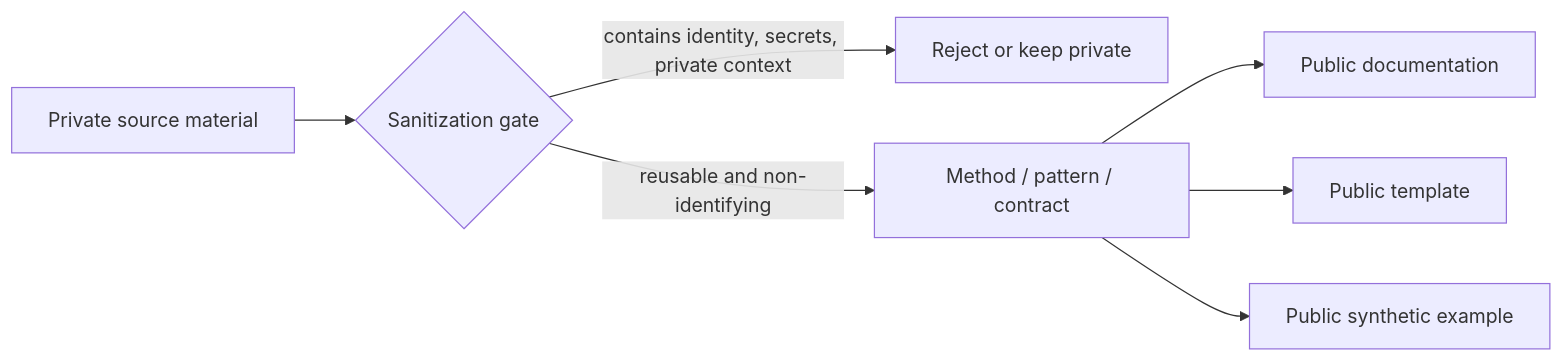
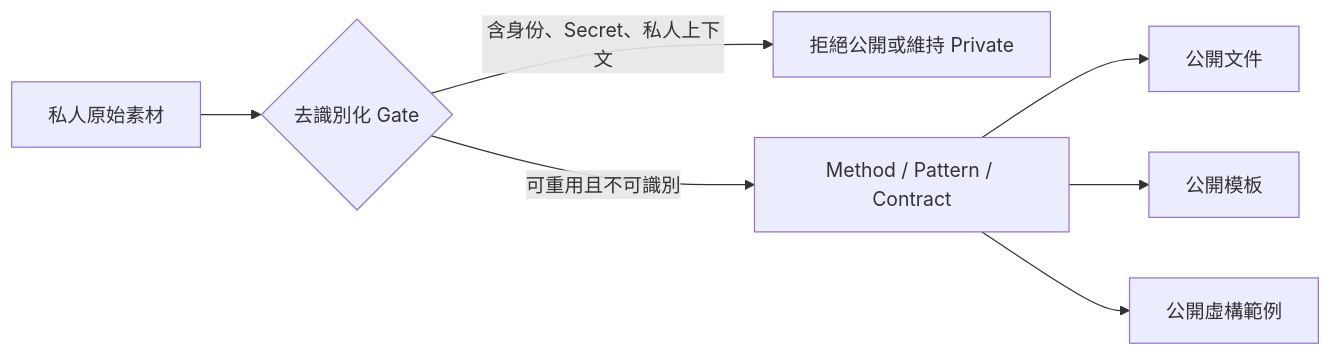
One commit to sodahsu/ai-agent-architecture changed the second of 3 diagrams in docs/architecture/visual-map.md. Above: the diagram before and after it, drawn with Mermaid. The commit also changed other lines of this file, not shown here.

Commit message:
docs: 將架構視覺圖文件中文化

````diff
--- a/docs/architecture/visual-map.md
+++ b/docs/architecture/visual-map.md
@@ -39,9 +39,9 @@
 ```mermaid
 flowchart LR
-    A[Private source material] --> B{Sanitization gate}
-    B -->|contains identity, secrets, private context| R[Reject or keep private]
-    B -->|reusable and non-identifying| M[Method / pattern / contract]
-    M --> D[Public documentation]
-    M --> T[Public template]
-    M --> E[Public synthetic example]
+    A[私人原始素材] --> B{去識別化 Gate}
+    B -->|含身份、Secret、私人上下文| R[拒絕公開或維持 Private]
+    B -->|可重用且不可識別| M[Method / Pattern / Contract]
+    M --> D[公開文件]
+    M --> T[公開模板]
+    M --> E[公開虛構範例]
 ```
````
